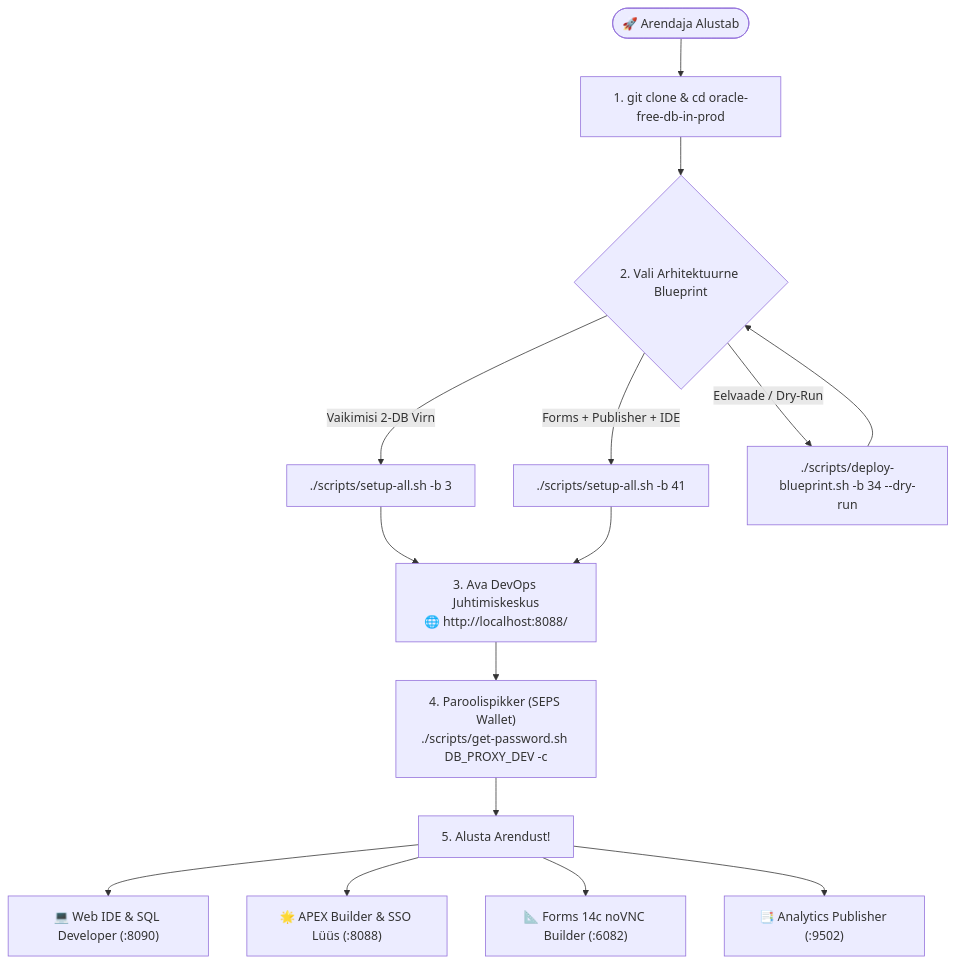
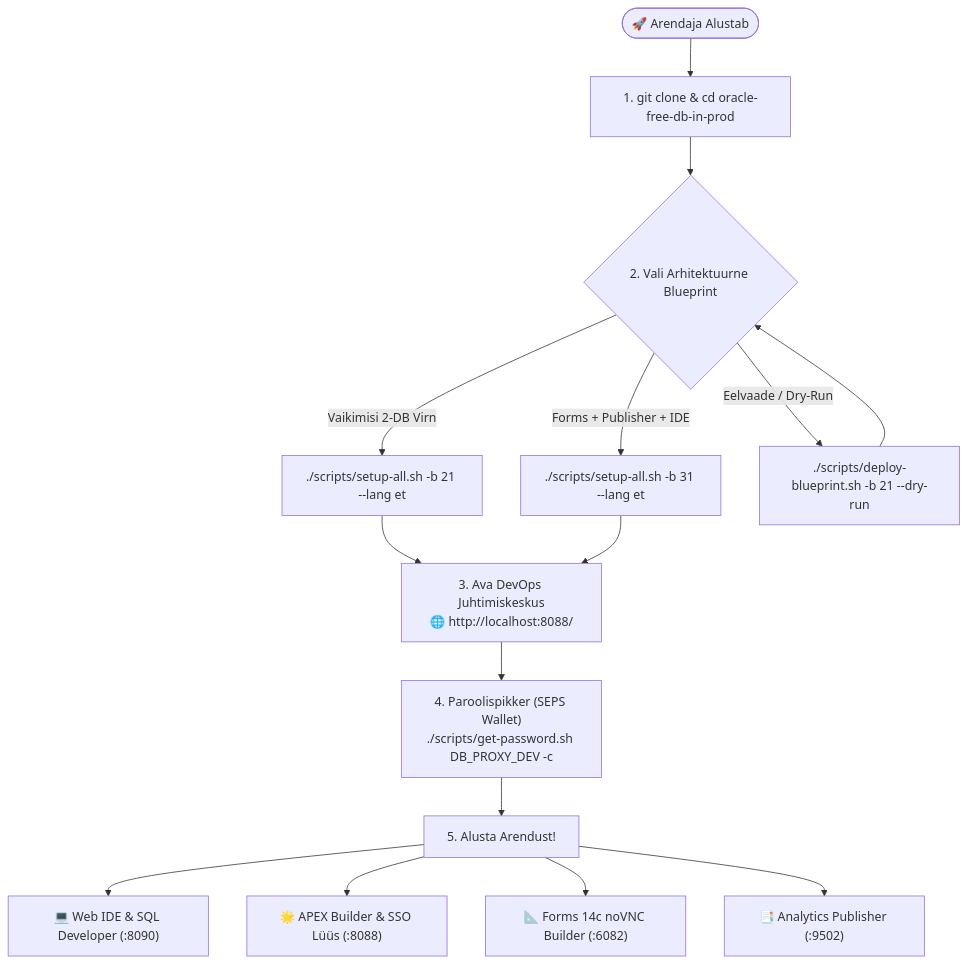
One commit to alahe/oracle-devops-platform changed the first of 3 diagrams in docs/et/README.md. Above: the diagram before and after it, drawn with Mermaid. The commit also changed other lines of this file and 280 other files, not shown here.

First line of the commit message:
feat(architecture): standardize 15 blueprints, enhance DR snapshot recovery & artifactory publishing

````diff
--- a/docs/et/README.md
+++ b/docs/et/README.md
@@ -26,21 +26,21 @@
 ```mermaid
 flowchart TD
     Start(["🚀 Arendaja Alustab"]) --> Clone["1. git clone & cd oracle-free-db-in-prod"]
     Clone --> ChooseBP{"2. Vali Arhitektuurne Blueprint"}
     
-    ChooseBP -->|Vaikimisi 2-DB Virn| BP3["./scripts/setup-all.sh -b 3"]
-    ChooseBP -->|Forms + Publisher + IDE| BP41["./scripts/setup-all.sh -b 41"]
-    ChooseBP -->|Eelvaade / Dry-Run| BPDry["./scripts/deploy-blueprint.sh -b 34 --dry-run"]
+    ChooseBP -->|Vaikimisi 2-DB Virn| BP21["./scripts/setup-all.sh -b 21 --lang et"]
+    ChooseBP -->|Forms + Publisher + IDE| BP31["./scripts/setup-all.sh -b 31 --lang et"]
+    ChooseBP -->|Eelvaade / Dry-Run| BPDry["./scripts/deploy-blueprint.sh -b 21 --dry-run"]
     
-    BP3 --> DevHub["3. Ava DevOps Juhtimiskeskus<br/>🌐 http://localhost:8088/"]
-    BP41 --> DevHub
+    BP21 --> DevHub["3. Ava DevOps Juhtimiskeskus<br/>🌐 http://localhost:8088/"]
+    BP31 --> DevHub
     BPDry --> ChooseBP
     
     DevHub --> PwdSpikker["4. Paroolispikker (SEPS Wallet)<br/>./scripts/get-password.sh DB_PROXY_DEV -c"]
     
     PwdSpikker --> DevWork["5. Alusta Arendust!"]
     DevWork --> WorkIDE["💻 Web IDE & SQL Developer (:8090)"]
     DevWork --> WorkAPEX["🌟 APEX Builder & SSO Lüüs (:8088)"]
     DevWork --> WorkForms["📐 Forms 14c noVNC Builder (:6082)"]
     DevWork --> WorkPub["📑 Analytics Publisher (:9502)"]
 ```
````
